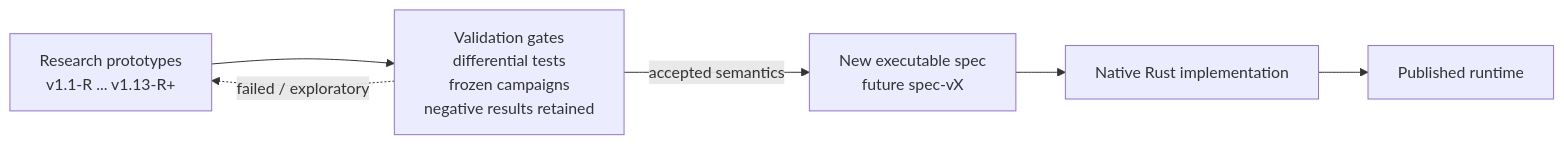
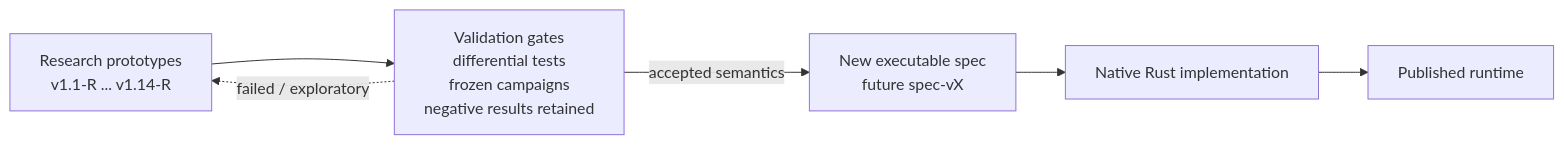
One commit to ordinaly/cortex changed the second of 14 diagrams in docs/ARCHITECTURE.md. Above: the diagram before and after it, drawn with Mermaid. The commit also changed other lines of this file, not shown here.

Commit message:
Refresh architecture and Stage II semantic revision boundary

````diff
--- a/docs/ARCHITECTURE.md
+++ b/docs/ARCHITECTURE.md
@@ -81,15 +81,15 @@
 ```mermaid
 flowchart LR
-    R["Research prototypes<br/>v1.1-R ... v1.13-R+"]
+    R["Research prototypes<br/>v1.1-R ... v1.14-R"]
     G["Validation gates<br/>differential tests<br/>frozen campaigns<br/>negative results retained"]
     S["New executable spec<br/>future spec-vX"]
     N["Native Rust implementation"]
     P["Published runtime"]
 
     R --> G
     G -->|"accepted semantics"| S
     S --> N
     N --> P
 
     G -.->|"failed / exploratory"| R
 ```
````
